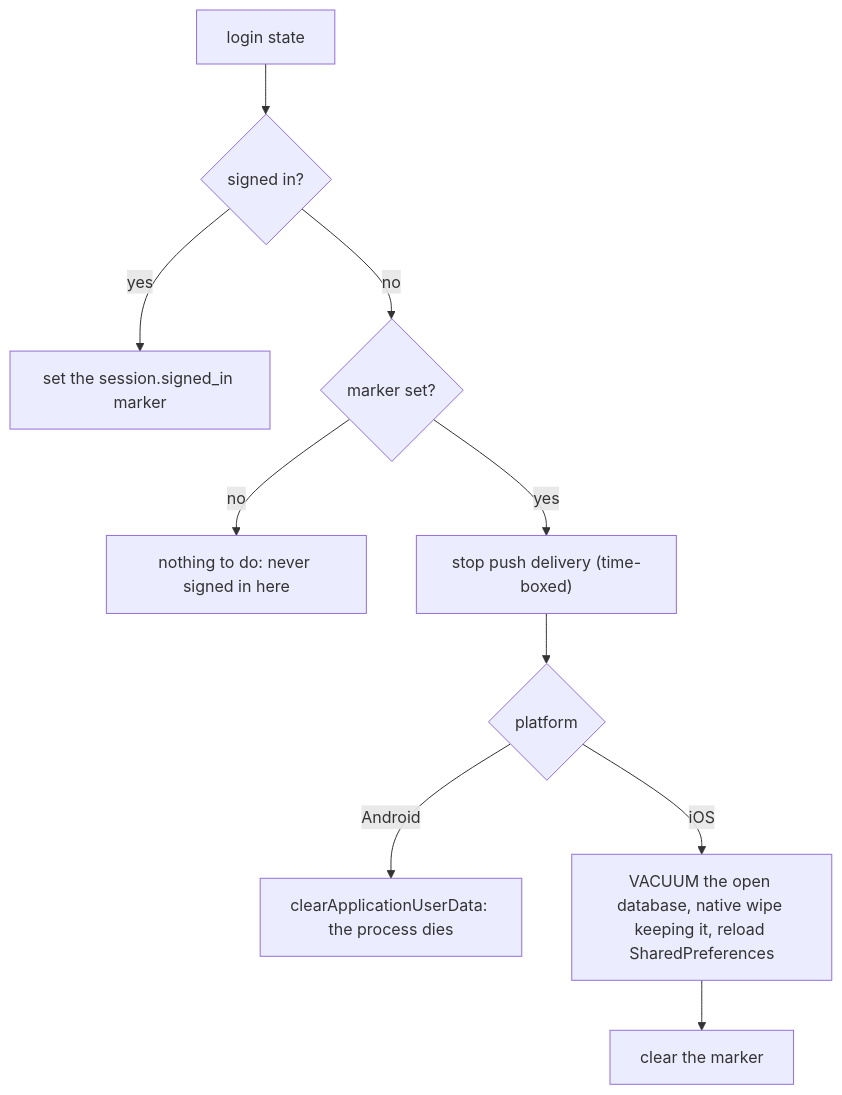
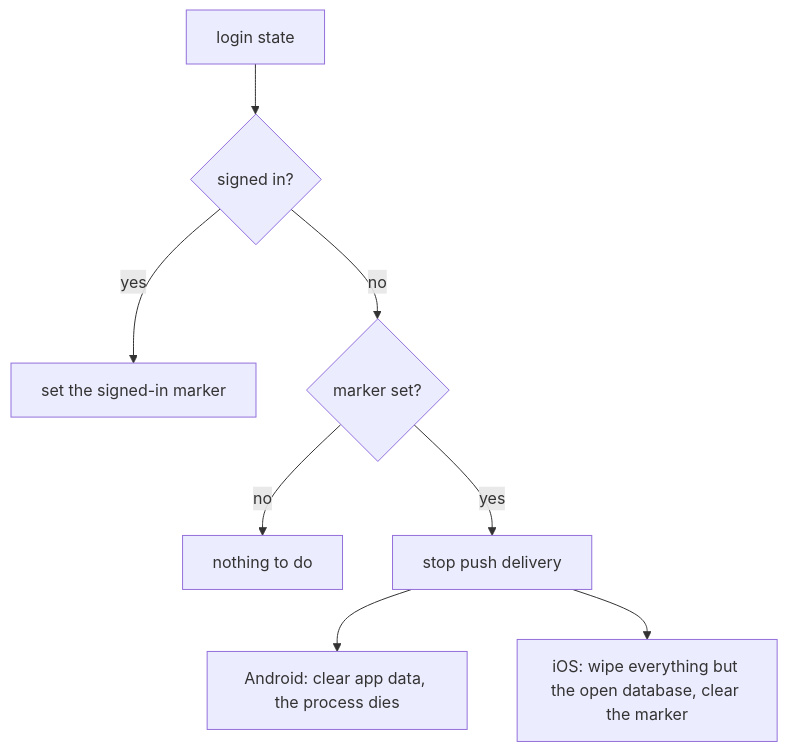
Before and after one commit to Zuno-Chat/zuno-chat: the second of 3 diagrams in docs/features/app-foundation.md, drawn with Mermaid. The commit also changed other lines of this file and 17 other files, not shown here.

````diff
--- a/docs/features/app-foundation.md
+++ b/docs/features/app-foundation.md
@@ -256,12 +202,10 @@
 ```mermaid
 flowchart TD
   A["login state"] --> B{"signed in?"}
-  B -- yes --> C["set the session.signed_in marker"]
+  B -- yes --> C["set the signed-in marker"]
   B -- no --> D{"marker set?"}
-  D -- no --> E["nothing to do: never signed in here"]
-  D -- yes --> F["stop push delivery (time-boxed)"]
-  F --> G{"platform"}
-  G -- Android --> H["clearApplicationUserData: the process dies"]
-  G -- iOS --> I["VACUUM the open database, native wipe keeping it, reload SharedPreferences"]
-  I --> J["clear the marker"]
+  D -- no --> E["nothing to do"]
+  D -- yes --> F["stop push delivery"]
+  F --> G["Android: clear app data, the process dies"]
+  F --> H["iOS: wipe everything but the open database, clear the marker"]
 ```
````
